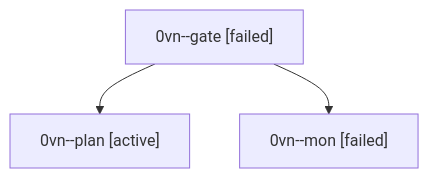
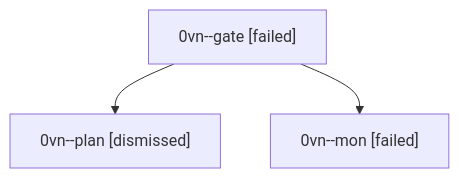
Before and after one commit to bobs-org/bob-cli--agents: the diagram in sessions/bbugyi200.athena.0vn.md, drawn with Mermaid. The commit also changed other lines of this file and 29 other files, not shown here.

````diff
--- a/sessions/bbugyi200.athena.0vn.md
+++ b/sessions/bbugyi200.athena.0vn.md
@@ -9,8 +9,8 @@
 ```mermaid
 flowchart TD
   n0["0vn--gate [failed]"]
-  n1["0vn--plan [active]"]
+  n1["0vn--plan [dismissed]"]
   n0 --> n1
   n2["0vn--mon [failed]"]
   n0 --> n2
 ```
````
